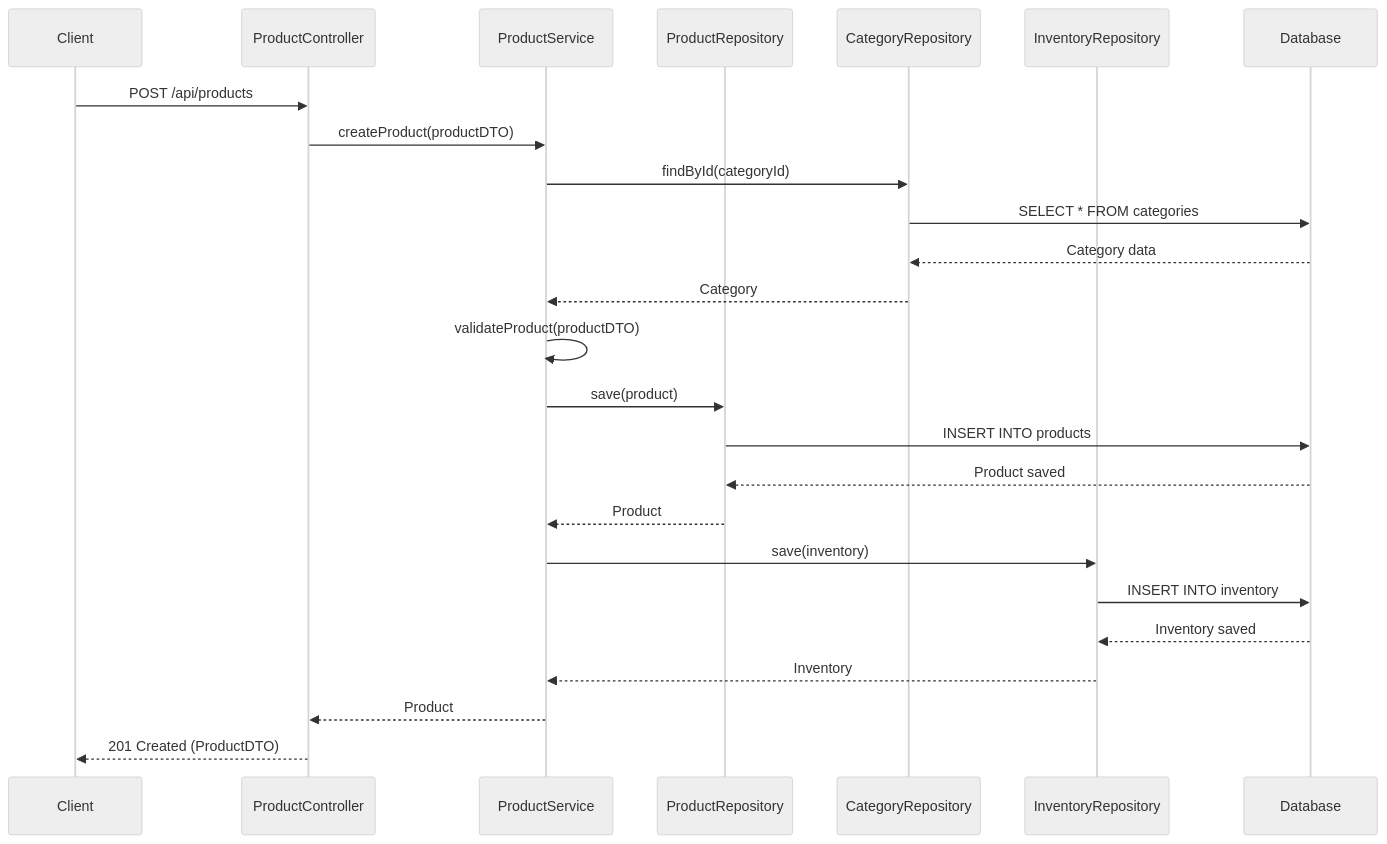
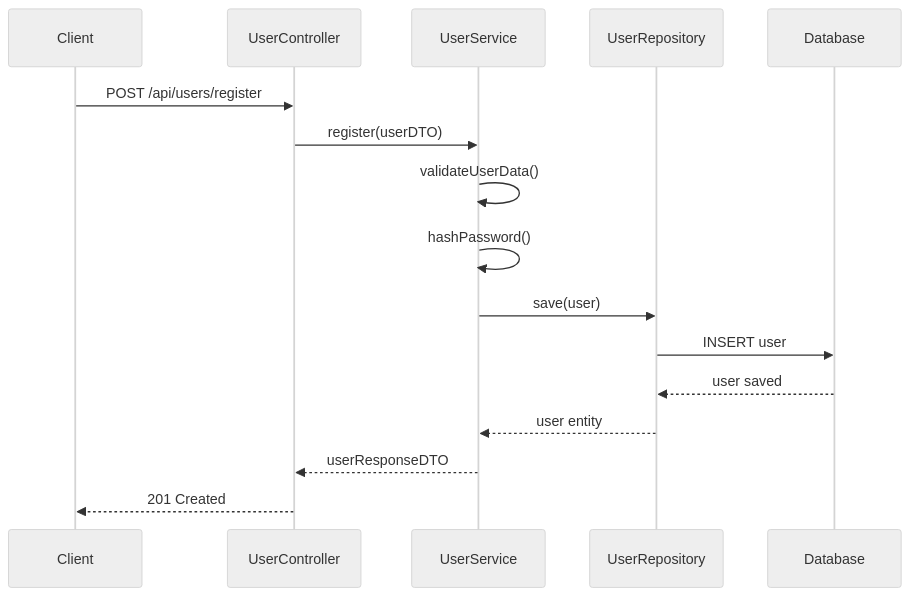
The third of 13 diagrams in docs/LLD/modified_lld.md (NavneetBN47/aava-ecom-demo), drawn with Mermaid (neutral theme) before and after one commit. The commit also changed other lines of this file, not shown here.

````diff
--- a/docs/LLD/modified_lld.md
+++ b/docs/LLD/modified_lld.md
@@ -287,31 +306,19 @@
 ```mermaid
 sequenceDiagram
     participant Client
-    participant ProductController
-    participant ProductService
-    participant ProductRepository
-    participant CategoryRepository
-    participant InventoryRepository
+    participant UserController
+    participant UserService
+    participant UserRepository
     participant Database
 
-    Client->>ProductController: POST /api/products
-    ProductController->>ProductService: createProduct(productDTO)
-    ProductService->>CategoryRepository: findById(categoryId)
-    CategoryRepository->>Database: SELECT * FROM categories
-    Database-->>CategoryRepository: Category data
-    CategoryRepository-->>ProductService: Category
-    
-    ProductService->>ProductService: validateProduct(productDTO)
-    ProductService->>ProductRepository: save(product)
-    ProductRepository->>Database: INSERT INTO products
-    Database-->>ProductRepository: Product saved
-    ProductRepository-->>ProductService: Product
-    
-    ProductService->>InventoryRepository: save(inventory)
-    InventoryRepository->>Database: INSERT INTO inventory
-    Database-->>InventoryRepository: Inventory saved
-    InventoryRepository-->>ProductService: Inventory
-    
-    ProductService-->>ProductController: Product
-    ProductController-->>Client: 201 Created (ProductDTO)
+    Client->>UserController: POST /api/users/register
+    UserController->>UserService: register(userDTO)
+    UserService->>UserService: validateUserData()
+    UserService->>UserService: hashPassword()
+    UserService->>UserRepository: save(user)
+    UserRepository->>Database: INSERT user
+    Database-->>UserRepository: user saved
+    UserRepository-->>UserService: user entity
+    UserService-->>UserController: userResponseDTO
+    UserController-->>Client: 201 Created
 ```
````
